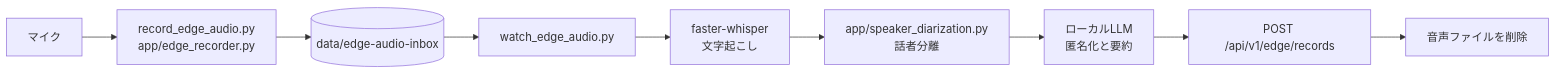
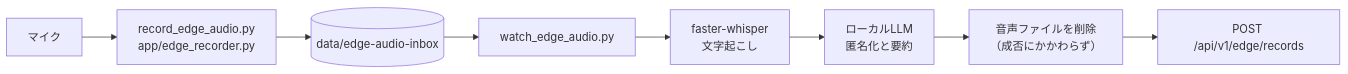
The first of 2 diagrams in docs/architecture/audio-pipeline.md (fuji0567/small-step), drawn with Mermaid before and after one commit. The commit also changed other lines of this file and 9 other files, not shown here.

````diff
--- a/docs/architecture/audio-pipeline.md
+++ b/docs/architecture/audio-pipeline.md
@@ -25,11 +25,10 @@
 ```mermaid
 flowchart LR
     MIC["マイク"] --> REC["record_edge_audio.py<br/>app/edge_recorder.py"]
     REC --> INBOX[("data/edge-audio-inbox")]
     INBOX --> WATCH["watch_edge_audio.py"]
     WATCH --> TRANS["faster-whisper<br/>文字起こし"]
-    TRANS --> DIAR["app/speaker_diarization.py<br/>話者分離"]
-    DIAR --> LLM["ローカルLLM<br/>匿名化と要約"]
-    LLM --> POST["POST /api/v1/edge/records"]
-    POST --> DEL["音声ファイルを削除"]
+    TRANS --> LLM["ローカルLLM<br/>匿名化と要約"]
+    LLM --> DEL["音声ファイルを削除<br/>（成否にかかわらず）"]
+    DEL --> POST["POST /api/v1/edge/records"]
 ```
````
